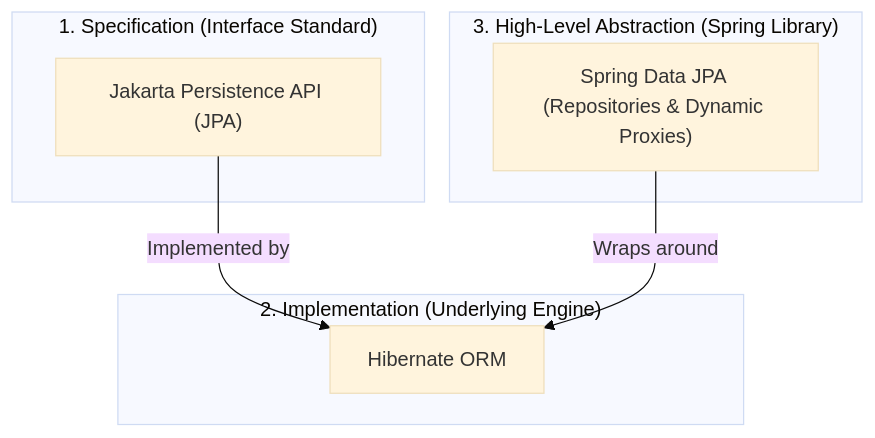
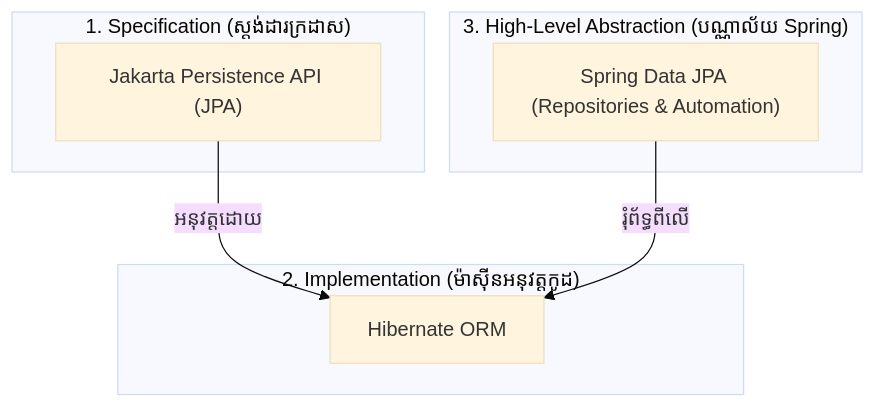
One commit to sakousa856-sketch/java-spring-for-developers-khmer changed the diagram in 04-spring-boot/05-spring-boot-database-and-data-jpa/04-spring-data-jpa-basics/README.md. Above: the diagram before and after it, drawn with Mermaid (base theme). The commit also changed other lines of this file and 290 other files, not shown here.

````diff
--- a/04-spring-boot/05-spring-boot-database-and-data-jpa/04-spring-data-jpa-basics/README.md
+++ b/04-spring-boot/05-spring-boot-database-and-data-jpa/04-spring-data-jpa-basics/README.md
@@ -26,15 +24,16 @@
 ```mermaid
 flowchart TD
-    subgraph Spec ["1. Specification (Interface Standard)"]
+    subgraph Spec ["1. Specification (ស្តង់ដារក្រដាស)"]
         JPA["Jakarta Persistence API (JPA)"]
     end
-    subgraph Impl ["2. Implementation (Underlying Engine)"]
+    subgraph Impl ["2. Implementation (ម៉ាស៊ីនអនុវត្តកូដ)"]
         Hibernate["Hibernate ORM"]
     end
-    subgraph Abstraction ["3. High-Level Abstraction (Spring Library)"]
-        SDJ["Spring Data JPA (Repositories & Dynamic Proxies)"]
+    subgraph Abstraction ["3. High-Level Abstraction (បណ្ណាល័យ Spring)"]
+        SDJ["Spring Data JPA (Repositories & Automation)"]
     end
 
-    JPA -->|Implemented by| Hibernate
-    SDJ -->|Wraps around| Hibernate
+    JPA -->|អនុវត្តដោយ| Hibernate
+    SDJ -->|រុំព័ទ្ធពីលើ| Hibernate
+
 ```
````
